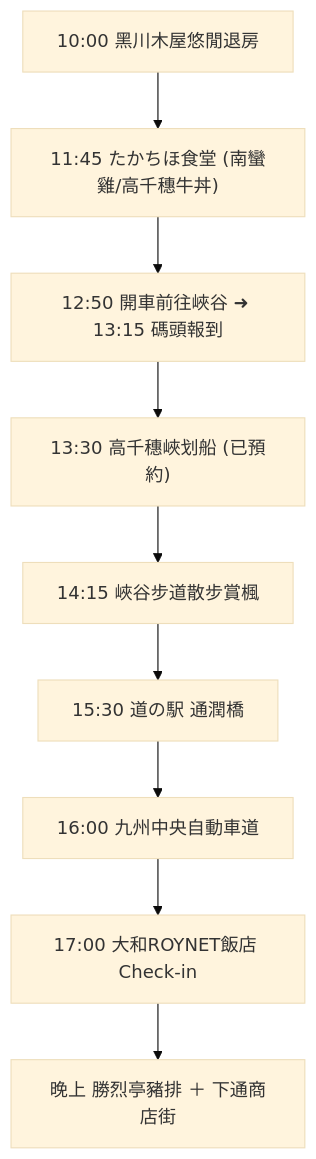
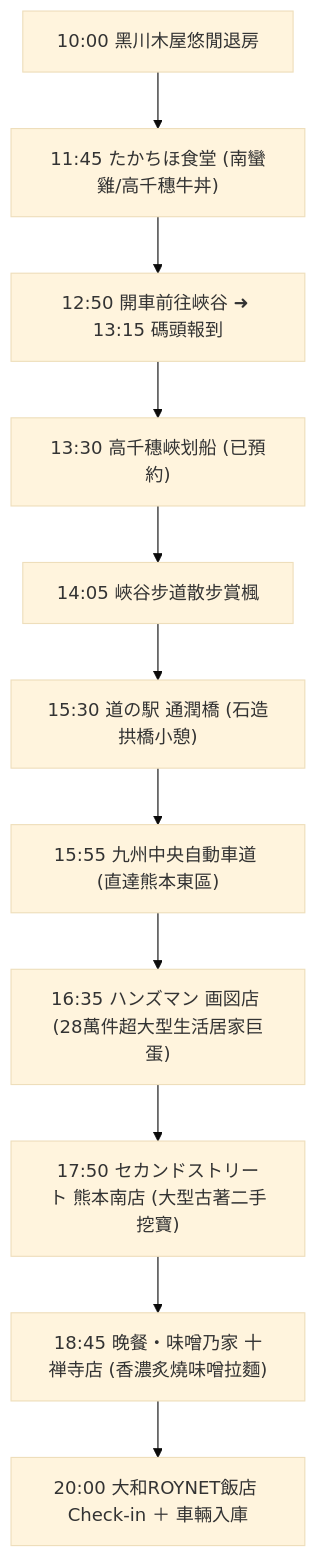
Before and after one commit to Eric-Jamie-Family/2026-japan-trip: the third of 5 diagrams in kyushu-autumn-travel-guide.md, drawn with Mermaid (base theme). The commit also changed other lines of this file and 2 other files, not shown here.

````diff
--- a/kyushu-autumn-travel-guide.md
+++ b/kyushu-autumn-travel-guide.md
@@ -151,11 +151,13 @@
 ```mermaid
 flowchart TD
     A["10:00 黑川木屋悠閒退房"] --> B["11:45 たかちほ食堂 (南蠻雞/高千穗牛丼)"]
     B --> C["12:50 開車前往峽谷 ➜ 13:15 碼頭報到"]
     C --> D["13:30 高千穗峽划船 (已預約)"]
-    D --> E["14:15 峽谷步道散步賞楓"]
-    E --> F["15:30 道の駅 通潤橋"]
-    F --> G["16:00 九州中央自動車道"]
-    G --> H["17:00 大和ROYNET飯店 Check-in"]
-    H --> I["晚上 勝烈亭豬排 ＋ 下通商店街"]
+    D --> E["14:05 峽谷步道散步賞楓"]
+    E --> F["15:30 道の駅 通潤橋 (石造拱橋小憩)"]
+    F --> G["15:55 九州中央自動車道 (直達熊本東區)"]
+    G --> H["16:35 ハンズマン 画図店 (28萬件超大型生活居家巨蛋)"]
+    H --> I["17:50 セカンドストリート 熊本南店 (大型古著二手挖寶)"]
+    I --> J["18:45 晚餐・味噌乃家 十禅寺店 (香濃炙燒味噌拉麵)"]
+    J --> K["20:00 大和ROYNET飯店 Check-in ＋ 車輛入庫"]
 ```
````
